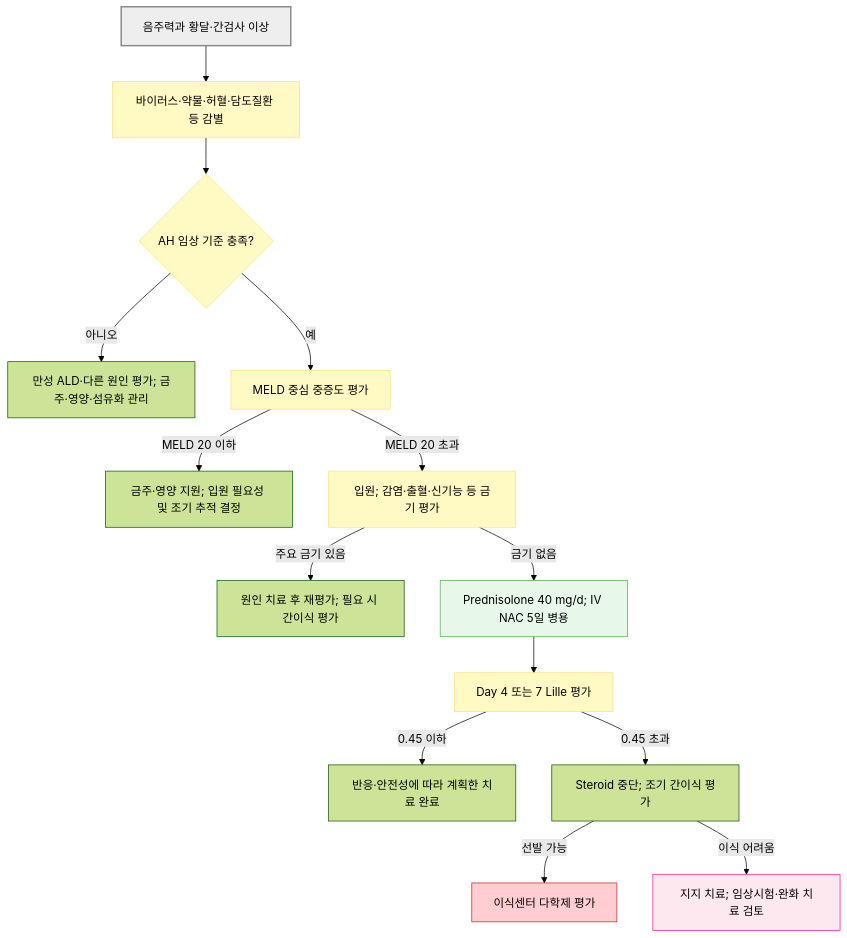
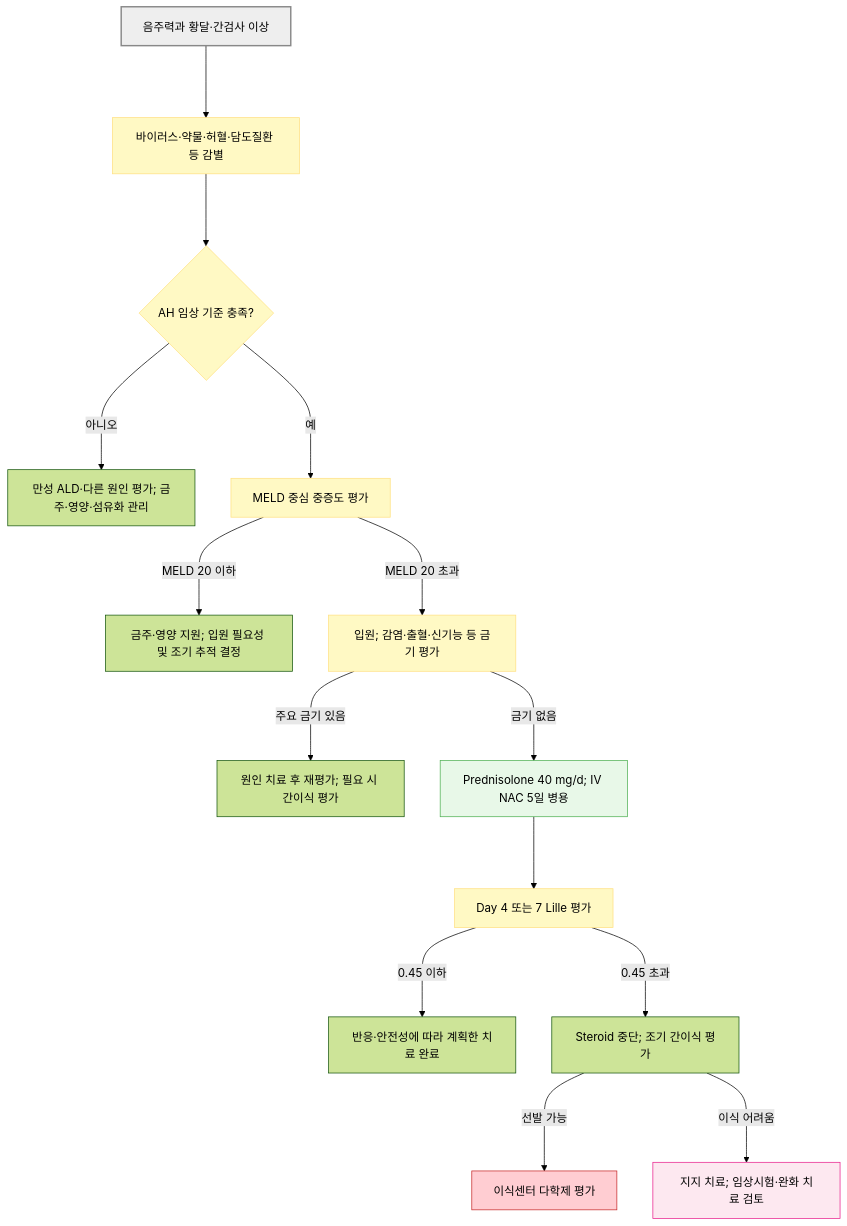
The diagram in 224_/094_-alcoholic-liver-disease.md (familyoh77/familyoh77), drawn with Mermaid (forest theme) before and after one commit. The commit also changed other lines of this file and 11 other files, not shown here.

````diff
--- a/224_/094_-alcoholic-liver-disease.md
+++ b/224_/094_-alcoholic-liver-disease.md
@@ -140,23 +144,23 @@
 ```mermaid
 flowchart TD
-    A["음주력과 황달·간검사 이상"] --> B["바이러스·약물·허혈·담도질환 등 감별"]
-    B --> C{"AH 임상 기준 충족?"}
-    C -->|"아니오"| D["만성 ALD·다른 원인 평가; 금주·영양·섬유화 관리"]
-    C -->|"예"| E["MELD 중심 중증도 평가"]
-    E -->|"MELD 20 이하"| F["금주·영양 지원; 입원 필요성 및 조기 추적 결정"]
-    E -->|"MELD 20 초과"| G["입원; 감염·출혈·신기능 등 금기 평가"]
-    G -->|"주요 금기 있음"| H["원인 치료 후 재평가; 필요 시 간이식 평가"]
-    G -->|"금기 없음"| I["Prednisolone 40 mg/d; IV NAC 5일 병용"]
-    I --> J["Day 4 또는 7 Lille 평가"]
-    J -->|"0.45 이하"| K["반응·안전성에 따라 계획한 치료 완료"]
-    J -->|"0.45 초과"| L["Steroid 중단; 조기 간이식 평가"]
-    L -->|"선발 가능"| M["이식센터 다학제 평가"]
-    L -->|"이식 어려움"| N["지지 치료; 임상시험·완화 치료 검토"]
+    A["음주력과 황달·간검사 이상"] ---> B["바이러스·약물·허혈·담도질환 등 감별"]
+    B ---> C{"AH 임상 기준 충족?"}
+    C --->|"아니오"| D["만성 ALD·다른 원인 평가; 금주·영양·섬유화 관리"]
+    C --->|"예"| E["MELD 중심 중증도 평가"]
+    E --->|"MELD 20 이하"| F["금주·영양 지원; 입원 필요성 및 조기 추적 결정"]
+    E --->|"MELD 20 초과"| G["입원; 감염·출혈·신기능 등 금기 평가"]
+    G --->|"주요 금기 있음"| H["원인 치료 후 재평가; 필요 시 간이식 평가"]
+    G --->|"금기 없음"| I["Prednisolone 40 mg/d; IV NAC 5일 병용"]
+    I ---> J["Day 4 또는 7 Lille 평가"]
+    J --->|"0.45 이하"| K["반응·안전성에 따라 계획한 치료 완료"]
+    J --->|"0.45 초과"| L["Steroid 중단; 조기 간이식 평가"]
+    L --->|"선발 가능"| M["이식센터 다학제 평가"]
+    L --->|"이식 어려움"| N["지지 치료; 임상시험·완화 치료 검토"]
 
 style A fill:#eeeeee,stroke:#888888,stroke-width:2px
 classDef yellow fill:#fff9c4,stroke:#ffe082
 class B,C,E,G,J yellow
 style I fill:#e8f8e8,stroke:#4caf50
 style M fill:#ffcdd2,stroke:#c62828
 style N fill:#fde8f0,stroke:#e91e8c
 ```
````
